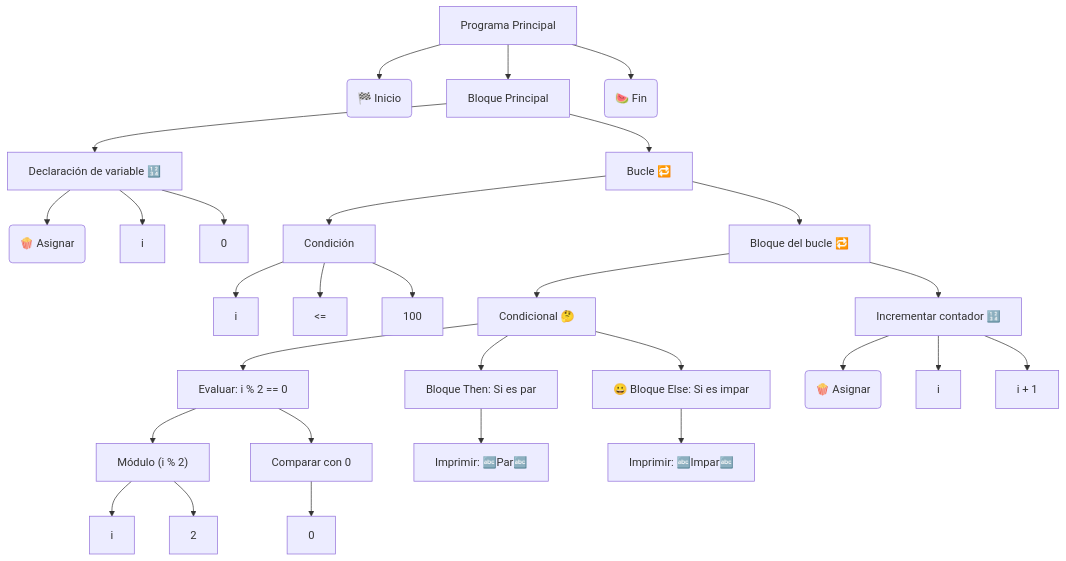
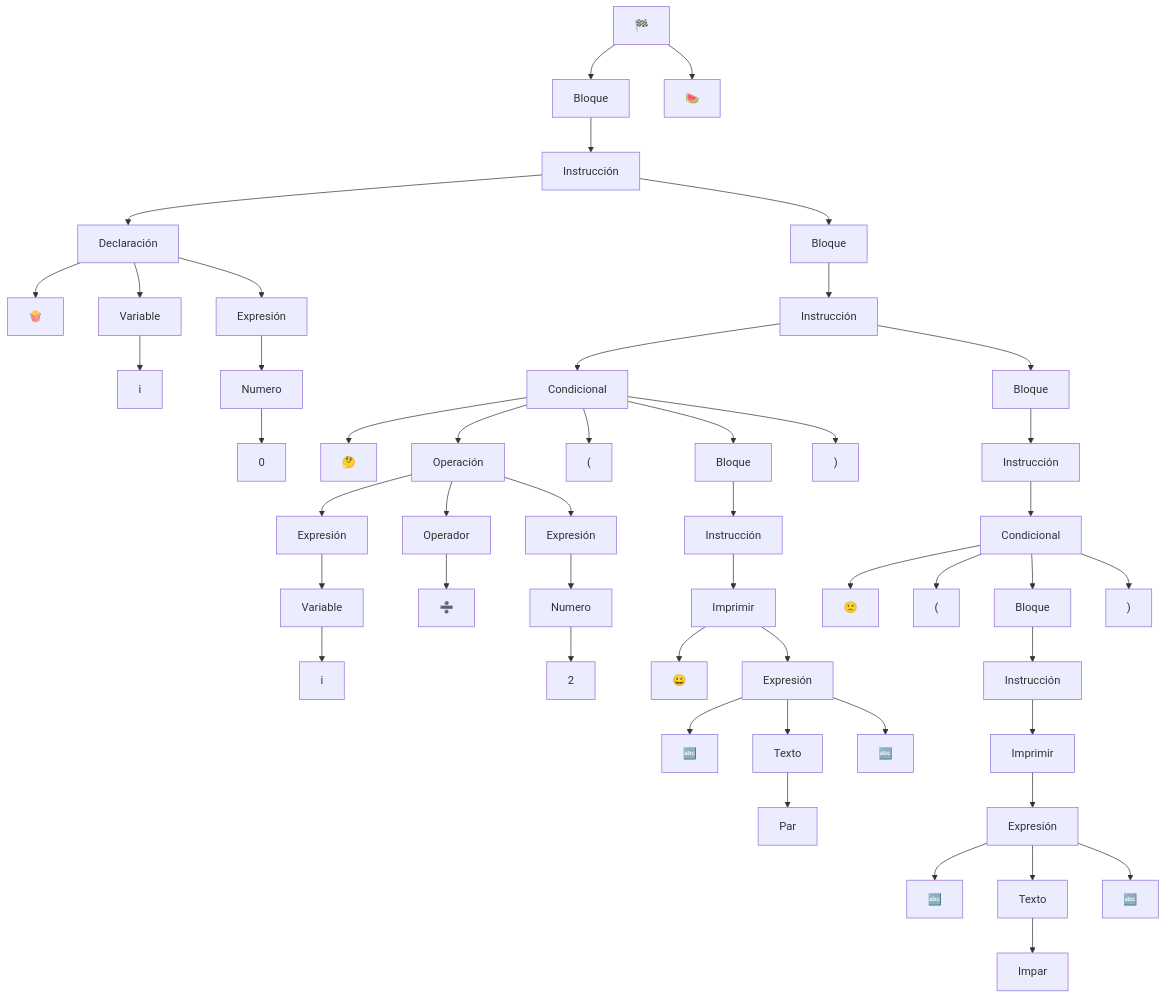
Before and after one commit to AgusCuevas/Caracteristicas_Lenguajes_Programacion: the second of 2 diagrams in README.md, drawn with Mermaid.

````diff
--- a/README.md
+++ b/README.md
@@ -222,47 +222,62 @@
 ``` mermaid
 graph TD
-    P[Programa Principal] --> INICIO(🏁 Inicio)
-    P --> BLOQUE_PRINCIPAL[Bloque Principal]
-    P --> FIN(🍉 Fin)
-
-    %% Declaración inicial
-    BLOQUE_PRINCIPAL --> DECLARACION_INICIAL[Declaración de variable 🔢]
-    DECLARACION_INICIAL --> ASIGNACION_INICIAL(🍿 Asignar)
-    DECLARACION_INICIAL --> VAR_INICIAL[i]
-    DECLARACION_INICIAL --> VALOR_INICIAL[0]
-
-    %% Bucle
-    BLOQUE_PRINCIPAL --> BUCLE_WHILE["Bucle 🔁"]
-    BUCLE_WHILE --> CONDICION_BUCLE["Condición"]
-    CONDICION_BUCLE --> VAR_BUCLE[i]
-    CONDICION_BUCLE --> OPERADOR_MENORIGUAL[<=]
-    CONDICION_BUCLE --> LIMITE_BUCLE[100]
-
-    %% Bloque del bucle
-    BUCLE_WHILE --> BLOQUE_BUCLE[Bloque del bucle 🔁]
-
-    %% Condicional paridad
-    BLOQUE_BUCLE --> CONDICIONAL_PARIDAD[Condicional 🤔]
-    CONDICIONAL_PARIDAD --> EXPRESION_PARIDAD["Evaluar: i % 2 == 0"]
-
-    EXPRESION_PARIDAD --> OPERACION_MODULO["Módulo (i % 2)"]
-    OPERACION_MODULO --> VAR_I_MOD[i]
-    OPERACION_MODULO --> NUM_MOD[2]
-
-    EXPRESION_PARIDAD --> COMPARACION_IGUAL["Comparar con 0"]
-    COMPARACION_IGUAL --> VALOR_IGUAL[0]
-
-    %% Si es par
-    CONDICIONAL_PARIDAD --> BLOQUE_SI_PAR[Bloque Then: Si es par]
-    BLOQUE_SI_PAR --> IMPRIMIR_PAR[Imprimir: 🔤Par🔤]
-
-    %% Si es impar
-    CONDICIONAL_PARIDAD --> BLOQUE_SINO_IMPAR[😀 Bloque Else:  Si es impar]
-    BLOQUE_SINO_IMPAR --> IMPRIMIR_IMPAR[Imprimir: 🔤Impar🔤]
-
-    %% Incremento del índice
-    BLOQUE_BUCLE --> INCREMENTO_CONTADOR[Incrementar contador 🔢]
-    INCREMENTO_CONTADOR --> ASIGNAR_NUEVO_VALOR(🍿 Asignar)
-    INCREMENTO_CONTADOR --> VAR_INCREMENTO[i]
-    INCREMENTO_CONTADOR --> EXPRESION_INCREMENTO["i + 1"]
+    START[🏁] --> B1[Bloque]
+    
+    B1 --> I1[Instrucción]
+    I1 --> D1[Declaración]
+    D1 --> POP[🍿]
+    D1 --> VAR[Variable]
+    VAR --> i[i]
+    D1 --> EXPR1[Expresión]
+    EXPR1 --> NUM[Numero]
+    NUM --> cero[0]
+    
+    I1 --> B2[Bloque]
+    B2 --> I2[Instrucción]
+    I2 --> C1[Condicional]
+    C1 --> emoji1[🤔]
+    
+    C1 --> OP1[Operación]
+    OP1 --> EXPR2[Expresión]
+    EXPR2 --> VAR2[Variable]
+    VAR2 --> i2[i]
+    OP1 --> OPER[Operador]
+    OPER --> div[➗]
+    OP1 --> EXPR3[Expresión]
+    EXPR3 --> NUM2[Numero]
+    NUM2 --> dos[2]
+    
+    C1 --> parIzq1["("]
+    
+    C1 --> B3[Bloque]
+    B3 --> I3[Instrucción]
+    I3 --> IMP1[Imprimir]
+    IMP1 --> emoji2[😀]
+    IMP1 --> EXPR4[Expresión]
+    EXPR4 --> comilla1[🔤]
+    EXPR4 --> TXT1[Texto]
+    TXT1 --> par["Par"]
+    EXPR4 --> comilla2[🔤]
+    
+    C1 --> parDer1[")"]
+    
+    I2 --> B4[Bloque]
+    B4 --> I4[Instrucción]
+    I4 --> C2[Condicional]
+    C2 --> emoji3[🙁]
+    
+    C2 --> parIzq2["("]
+    
+    C2 --> B5[Bloque]
+    B5 --> I5[Instrucción]
+    I5 --> IMP2[Imprimir]
+    IMP2 --> EXPR5[Expresión]
+    EXPR5 --> comilla3[🔤]
+    EXPR5 --> TXT2[Texto]
+    TXT2 --> impar["Impar"]
+    EXPR5 --> comilla4[🔤]
+    
+    C2 --> parDer2[")"]
+    
+    START --> END[🍉]
 ```
````
